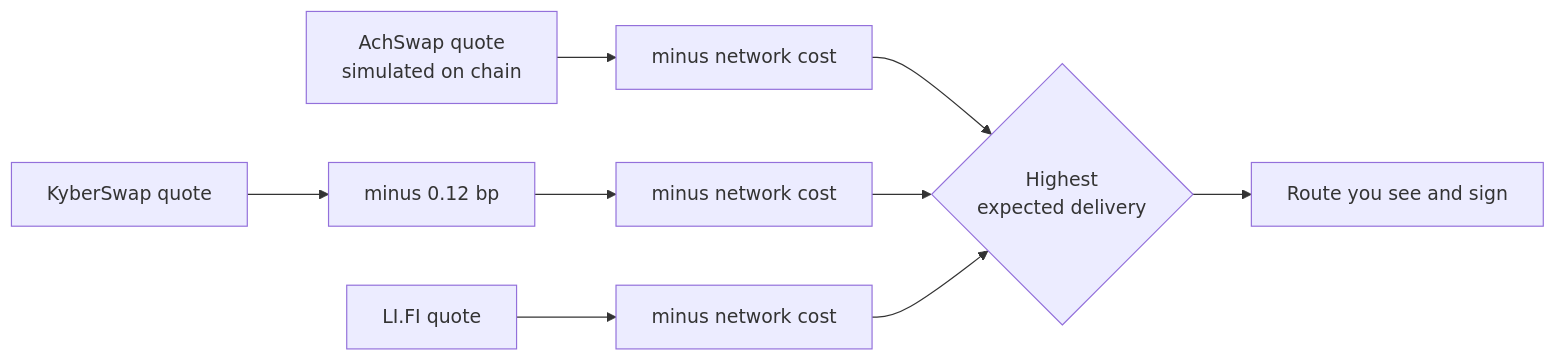
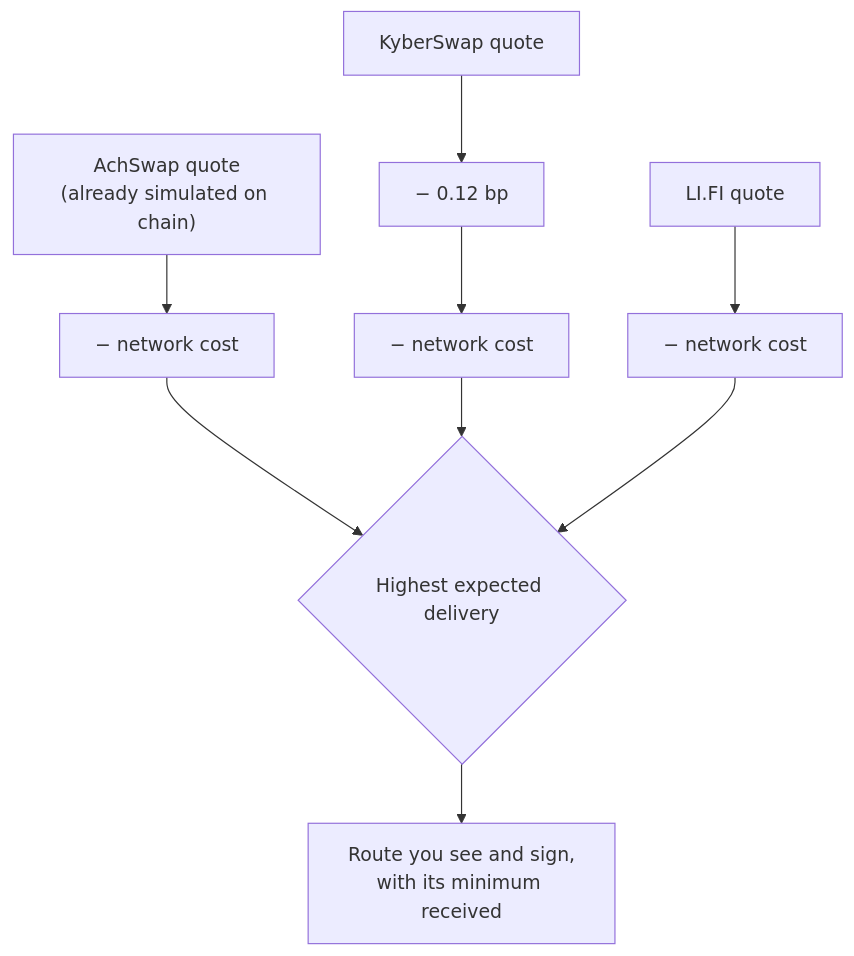
The second of 2 diagrams in docs/achswap/smart-routing.md (Asif2902/achswap-docs), drawn with Mermaid before and after one commit. The commit also changed other lines of this file and 38 other files, not shown here.

````diff
--- a/docs/achswap/smart-routing.md
+++ b/docs/achswap/smart-routing.md
@@ -54,10 +89,10 @@
 ```mermaid
-flowchart LR
-  A[AchSwap quote<br/>simulated on chain] --> G[minus network cost]
-  K[KyberSwap quote] --> KA[minus 0.12 bp] --> G2[minus network cost]
-  L[LI.FI quote] --> G3[minus network cost]
-  G --> C{Highest<br/>expected delivery}
-  G2 --> C
-  G3 --> C
-  C --> R[Route you see and sign]
+flowchart TD
+  A["AchSwap quote<br/>(already simulated on chain)"] --> GA["− network cost"]
+  K["KyberSwap quote"] --> KX["− 0.12 bp"] --> GK["− network cost"]
+  L["LI.FI quote"] --> GL["− network cost"]
+  GA --> C{"Highest expected delivery"}
+  GK --> C
+  GL --> C
+  C --> R["Route you see and sign,<br/>with its minimum received"]
 ```
````
